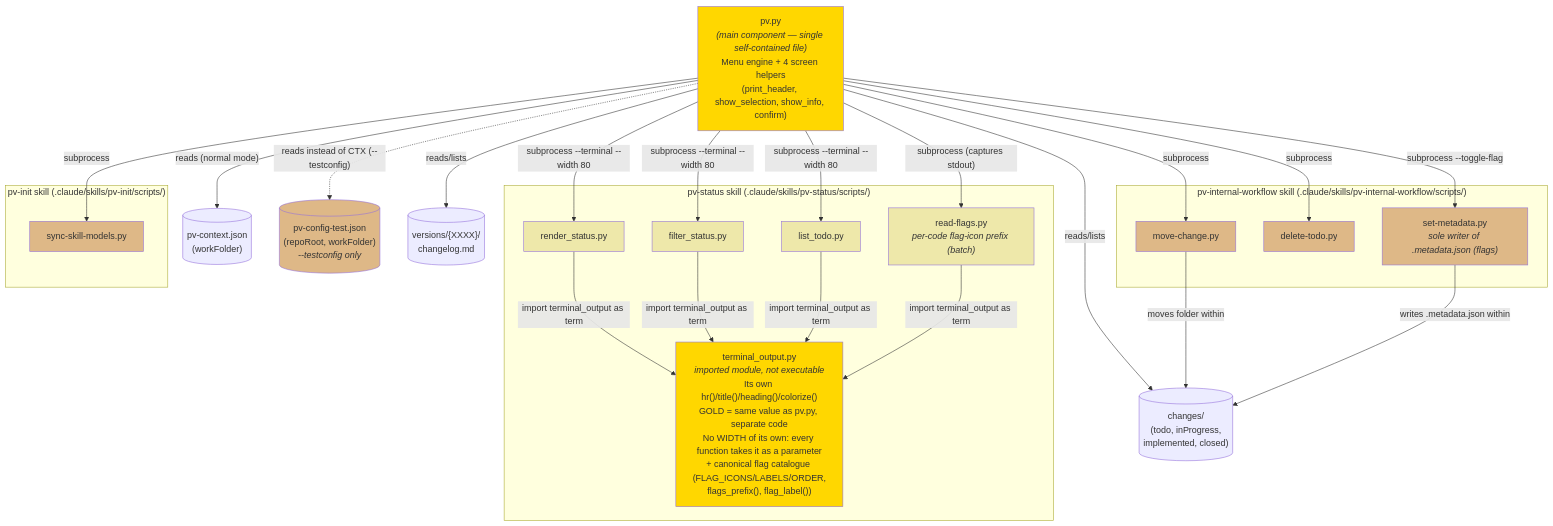
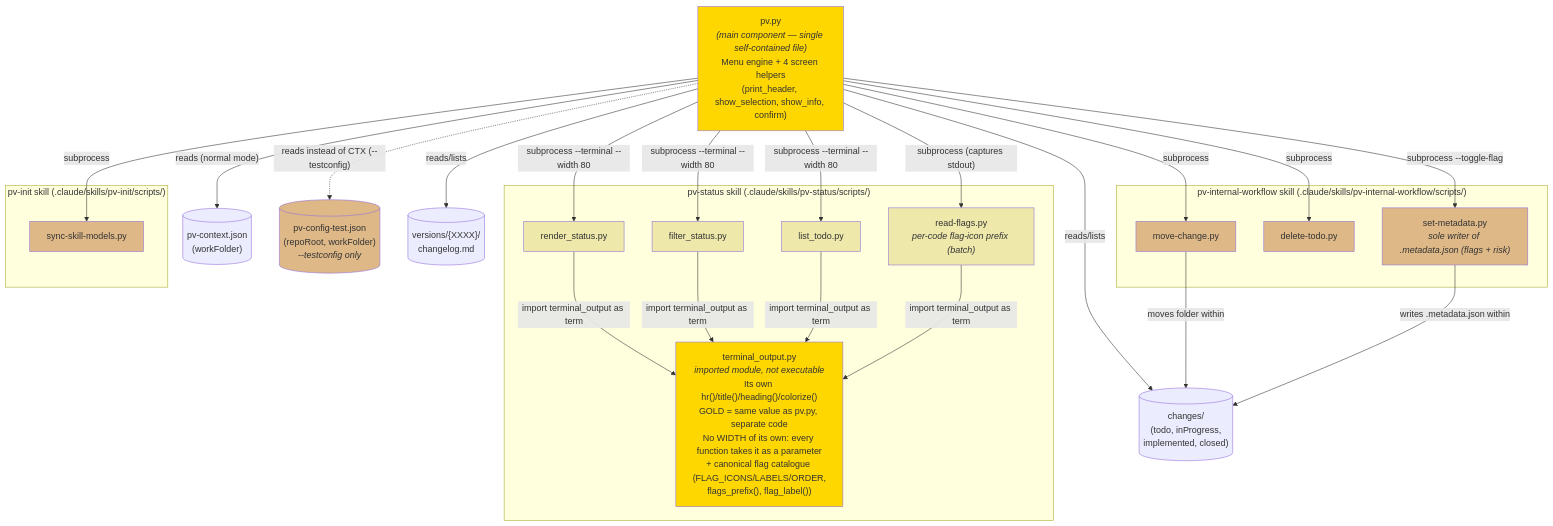
One commit to yeyopepe/previo-sdd changed the second of 2 diagrams in .claude/pv-doc/pv-design-onescript/pv-design-onescript.en.md. Above: the diagram before and after it, drawn with Mermaid. The commit also changed other lines of this file and 16 other files, not shown here.

Commit message:
Changed: Risk is now part of .metadata.json

````diff
--- a/.claude/pv-doc/pv-design-onescript/pv-design-onescript.en.md
+++ b/.claude/pv-doc/pv-design-onescript/pv-design-onescript.en.md
@@ -203,60 +203,60 @@
 ```mermaid
 graph TD
     PV["pv.py<br/><i>(main component — single self-contained file)</i><br/>Menu engine + 4 screen helpers<br/>(print_header, show_selection, show_info, confirm)"]
 
     subgraph SKILL_STATUS ["pv-status skill (.claude/skills/pv-status/scripts/)"]
         TO["terminal_output.py<br/><i>imported module, not executable</i><br/>Its own hr()/title()/heading()/colorize()<br/>GOLD = same value as pv.py, separate code<br/>No WIDTH of its own: every function takes it as a parameter<br/>+ canonical flag catalogue (FLAG_ICONS/LABELS/ORDER,<br/>flags_prefix(), flag_label())"]
         RS["render_status.py"]
         FS["filter_status.py"]
         LT["list_todo.py"]
         RF["read-flags.py<br/><i>per-code flag-icon prefix (batch)</i>"]
 
         RS -->|import terminal_output as term| TO
         FS -->|import terminal_output as term| TO
         LT -->|import terminal_output as term| TO
         RF -->|import terminal_output as term| TO
     end
 
     subgraph SKILL_WORKFLOW ["pv-internal-workflow skill (.claude/skills/pv-internal-workflow/scripts/)"]
         MC["move-change.py"]
         DT["delete-todo.py"]
-        SM["set-metadata.py<br/><i>sole writer of .metadata.json (flags)</i>"]
+        SM["set-metadata.py<br/><i>sole writer of .metadata.json (flags + risk)</i>"]
     end
 
     subgraph SKILL_INIT ["pv-init skill (.claude/skills/pv-init/scripts/)"]
         SSM["sync-skill-models.py"]
     end
 
     CTX[("pv-context.json<br/>(workFolder)")]
     TESTCFG[("pv-config-test.json<br/>(repoRoot, workFolder)<br/><i>--testconfig only</i>")]
     CHANGES[("changes/<br/>(todo, inProgress,<br/>implemented, closed)")]
     VERSIONS[("versions/{XXXX}/<br/>changelog.md")]
 
     PV -->|"subprocess --terminal --width 80"| RS
     PV -->|"subprocess --terminal --width 80"| FS
     PV -->|"subprocess --terminal --width 80"| LT
     PV -->|"subprocess (captures stdout)"| RF
     PV -->|"subprocess"| MC
     PV -->|"subprocess"| DT
     PV -->|"subprocess --toggle-flag"| SM
     PV -->|"subprocess"| SSM
 
     PV -->|"reads (normal mode)"| CTX
     PV -.->|"reads instead of CTX (--testconfig)"| TESTCFG
     PV -->|reads/lists| CHANGES
     PV -->|reads/lists| VERSIONS
     MC -->|moves folder within| CHANGES
     SM -->|writes .metadata.json within| CHANGES
 
     style PV fill:#FFD700
     style TO fill:#FFD700
     style RS fill:#EEE8AA
     style FS fill:#EEE8AA
     style LT fill:#EEE8AA
     style RF fill:#EEE8AA
     style MC fill:#DEB887
     style DT fill:#DEB887
     style SM fill:#DEB887
     style SSM fill:#DEB887
     style TESTCFG fill:#DEB887
 ```
````
